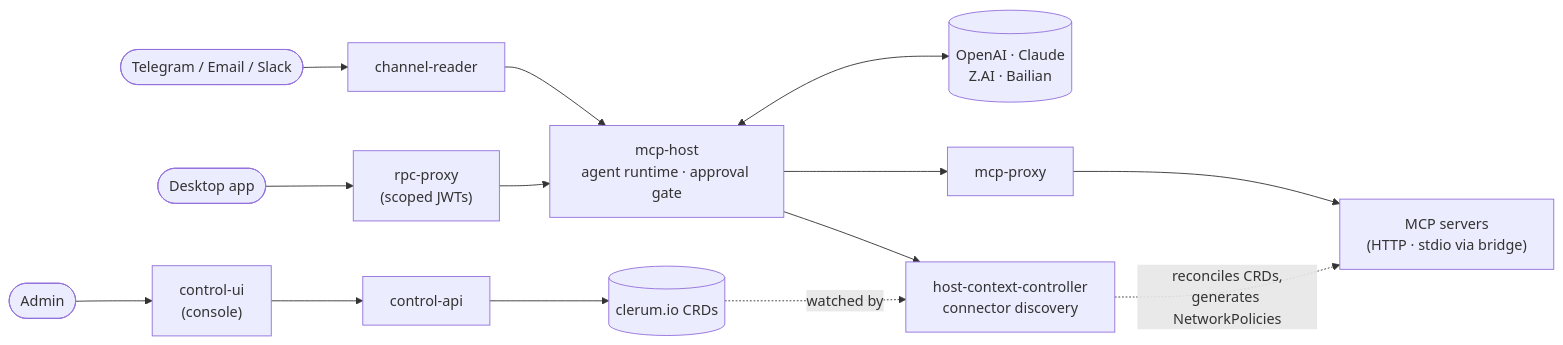
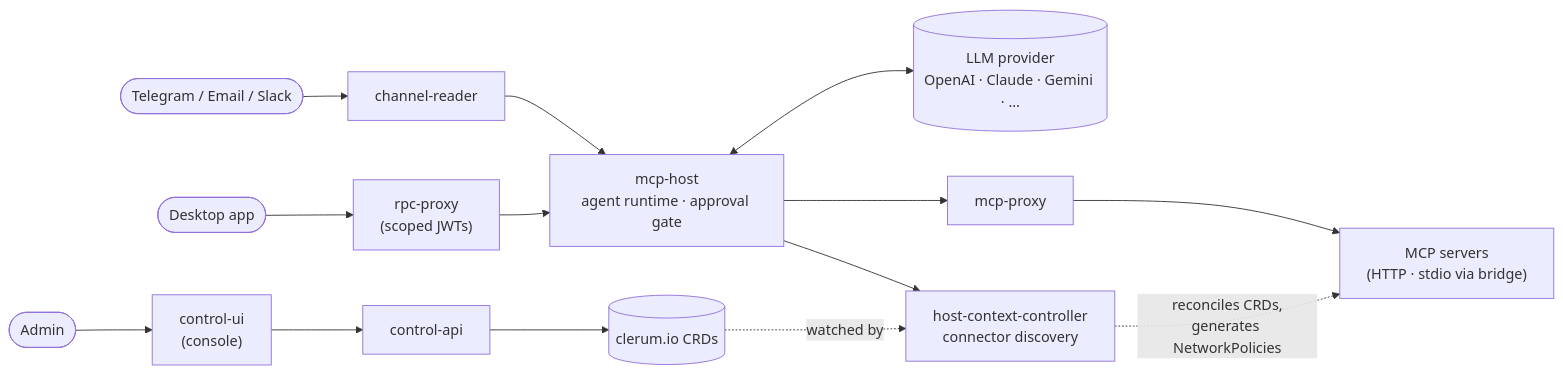
One commit to evenfire-ai/evenfire changed the second of 2 diagrams in README.md. Above: the diagram before and after it, drawn with Mermaid. The commit also changed other lines of this file, not shown here.

````diff
--- a/README.md
+++ b/README.md
@@ -210,14 +211,14 @@
 ```mermaid
 flowchart LR
     TG([Telegram / Email / Slack]) --> CR[channel-reader]
     DA([Desktop app]) --> RP["rpc-proxy<br/>(scoped JWTs)"]
     ADM([Admin]) --> CU["control-ui<br/>(console)"] --> CAPI["control-api"]
     CAPI --> CRDS[("clerum.io CRDs")]
     CR --> MH["mcp-host<br/>agent runtime · approval gate"]
     RP --> MH
-    MH <--> LLM[("OpenAI · Claude<br/>Z.AI · Bailian")]
+    MH <--> LLM[("LLM provider<br/>OpenAI · Claude · Gemini · …")]
     MH --> HCC["host-context-controller<br/>connector discovery"]
     MH --> MP[mcp-proxy] --> MCP["MCP servers<br/>(HTTP · stdio via bridge)"]
     CRDS -.watched by.-> HCC
     HCC -. "reconciles CRDs,<br/>generates NetworkPolicies" .-> MCP
 ```
````
